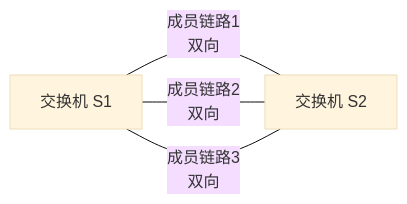
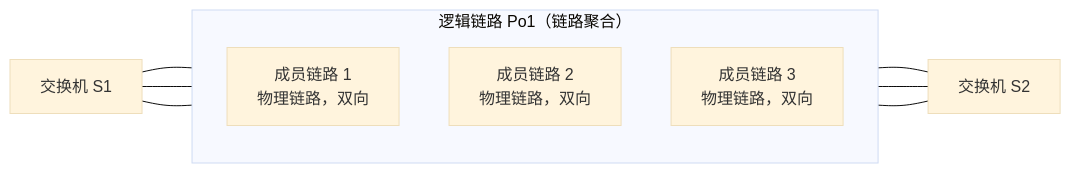
One commit to 74262195/system-architect-notes changed the third of 3 diagrams in 01_综合知识/01_计算机系统基础知识/03_计算机网络/04_局域网与二层技术/STP与链路聚合.md. Above: the diagram before and after it, drawn with Mermaid (base theme). The commit also changed other lines of this file, not shown here.

````diff
--- a/01_综合知识/01_计算机系统基础知识/03_计算机网络/04_局域网与二层技术/STP与链路聚合.md
+++ b/01_综合知识/01_计算机系统基础知识/03_计算机网络/04_局域网与二层技术/STP与链路聚合.md
@@ -134,6 +134,20 @@
 ```mermaid
 flowchart LR
-    S1[交换机 S1] ---|成员链路1<br/>双向| S2[交换机 S2]
-    S1 ---|成员链路2<br/>双向| S2
-    S1 ---|成员链路3<br/>双向| S2
+    S1[交换机 S1]
+
+    subgraph PO1["逻辑链路 Po1（链路聚合）"]
+        direction TB
+        L1["成员链路 1<br/>物理链路，双向"]
+        L2["成员链路 2<br/>物理链路，双向"]
+        L3["成员链路 3<br/>物理链路，双向"]
+    end
+
+    S2[交换机 S2]
+
+    S1 --- L1
+    L1 --- S2
+    S1 --- L2
+    L2 --- S2
+    S1 --- L3
+    L3 --- S2
 ```
````
